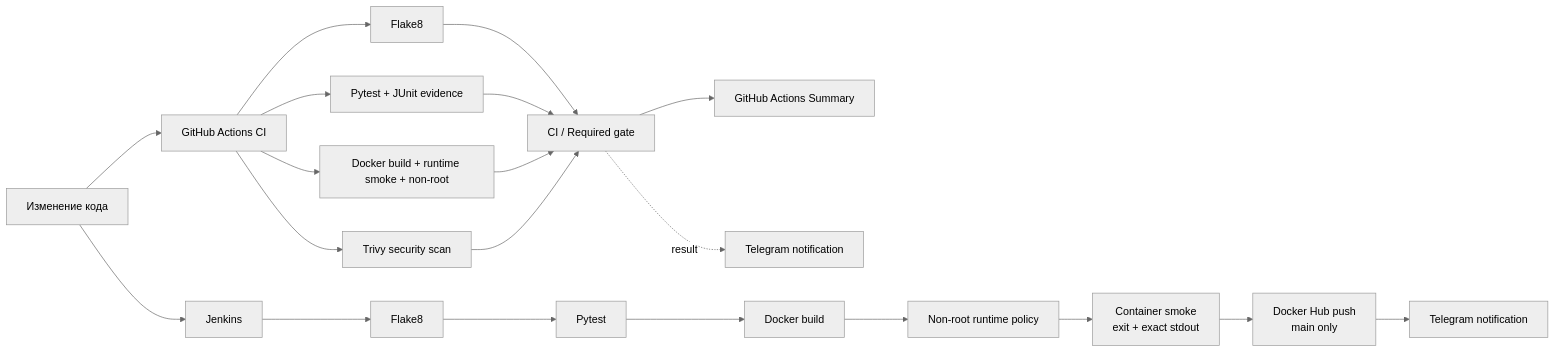
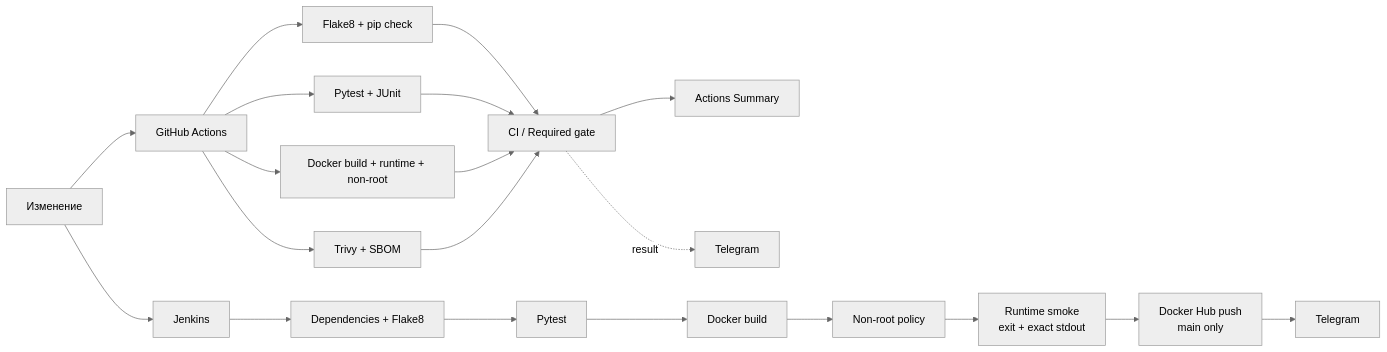
Before and after one commit to TokhirjonYuldoshev/my-docker-project: the diagram in README.md, drawn with Mermaid (neutral theme). The commit also changed other lines of this file, not shown here.

````diff
--- a/README.md
+++ b/README.md
@@ -13,23 +27,23 @@
 ```mermaid
 flowchart LR
-    C[Изменение кода] --> GH[GitHub Actions CI]
-    GH --> Q1[Flake8]
-    GH --> T1[Pytest + JUnit evidence]
-    GH --> D1[Docker build + runtime smoke + non-root]
-    GH --> V1[Trivy security scan]
+    C[Изменение] --> GH[GitHub Actions]
+    GH --> Q1[Flake8 + pip check]
+    GH --> T1[Pytest + JUnit]
+    GH --> D1[Docker build + runtime + non-root]
+    GH --> V1[Trivy + SBOM]
     Q1 --> G[CI / Required gate]
     T1 --> G
     D1 --> G
     V1 --> G
-    G --> S[GitHub Actions Summary]
-    G -. result .-> TG[Telegram notification]
+    G --> S[Actions Summary]
+    G -. result .-> TG[Telegram]
 
     C --> J[Jenkins]
-    J --> Q2[Flake8]
+    J --> Q2[Dependencies + Flake8]
     Q2 --> T2[Pytest]
     T2 --> B2[Docker build]
-    B2 --> P2[Non-root runtime policy]
-    P2 --> S2[Container smoke\nexit + exact stdout]
+    B2 --> P2[Non-root policy]
+    P2 --> S2[Runtime smoke\nexit + exact stdout]
     S2 --> H[Docker Hub push\nmain only]
-    H --> N[Telegram notification]
+    H --> N[Telegram]
 ```
````
